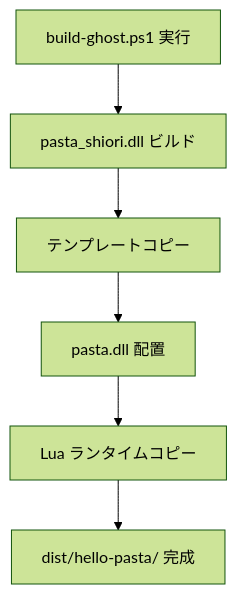
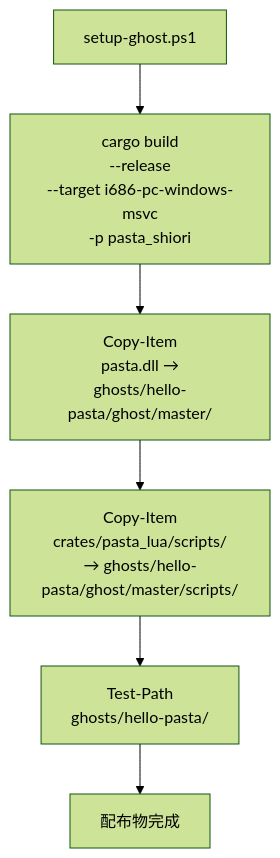
The third of 3 diagrams in .kiro/specs/alpha04-sample-ghost/design.md (ekicyou/pasta), drawn with Mermaid (forest theme) before and after one commit. The commit also changed other lines of this file and 43 other files, not shown here.

First line of the commit message:
fix(alpha04): 配布物を dist/ から ghosts/hello-pasta/ に修正、pasta.dll 自動更新対応

````diff
--- a/.kiro/specs/alpha04-sample-ghost/design.md
+++ b/.kiro/specs/alpha04-sample-ghost/design.md
@@ -921,8 +723,10 @@
 ```mermaid
 flowchart TB
-    A[build-ghost.ps1 実行] --> B[pasta_shiori.dll ビルド]
-    B --> C[テンプレートコピー]
-    C --> D[pasta.dll 配置]
-    D --> E[Lua ランタイムコピー]
-    E --> F[dist/hello-pasta/ 完成]
+    START[setup-ghost.ps1]
+    
+    START --> DLL_BUILD[cargo build<br/>--release<br/>--target i686-pc-windows-msvc<br/>-p pasta_shiori]
+    DLL_BUILD --> DLL_COPY[Copy-Item<br/>pasta.dll →<br/>ghosts/hello-pasta/ghost/master/]
+    DLL_COPY --> LUA_COPY[Copy-Item<br/>crates/pasta_lua/scripts/<br/>→ ghosts/hello-pasta/ghost/master/scripts/]
+    LUA_COPY --> VERIFY[Test-Path<br/>ghosts/hello-pasta/]
+    VERIFY --> END[配布物完成]
 ```
````
